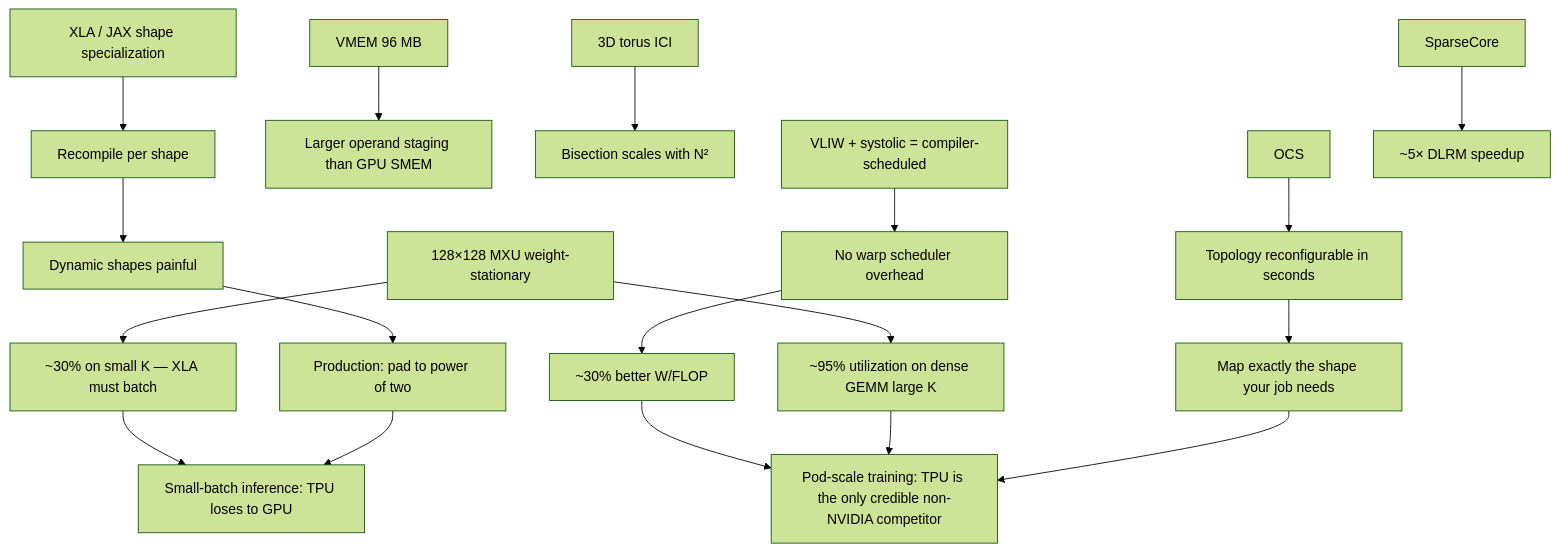
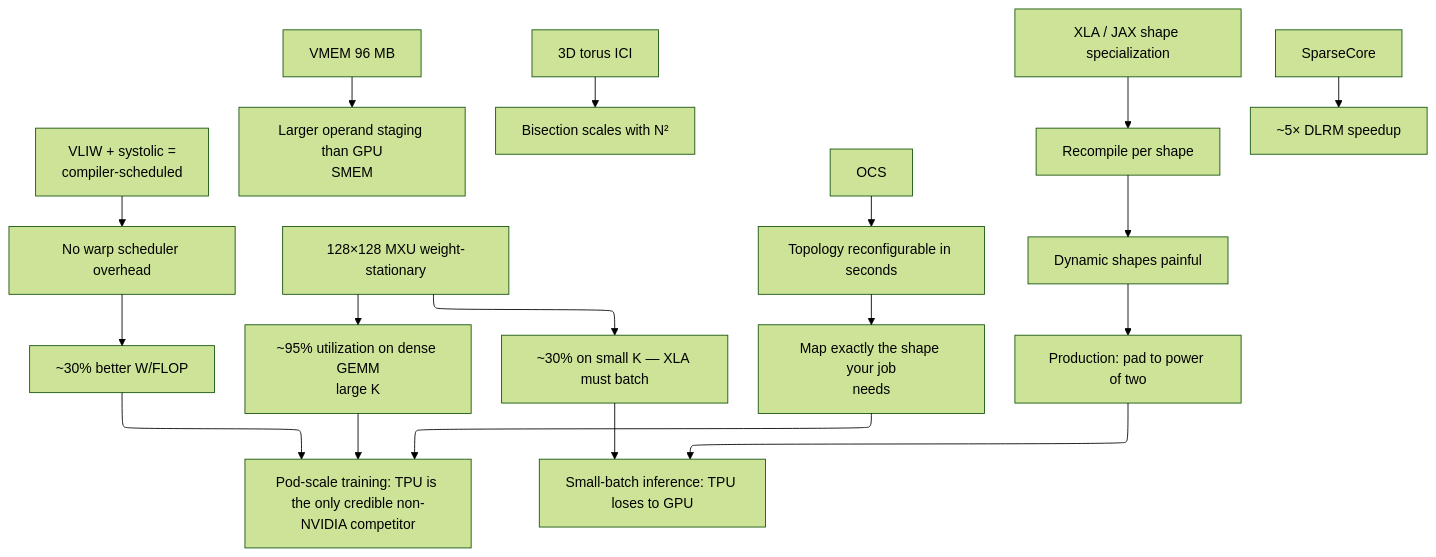
One commit to Wty2003328/ai_infra_intro changed the fourth of 4 diagrams in ai_infra/L3_Microarchitecture/Google_TPU.md. Above: the diagram before and after it, drawn with Mermaid (forest theme). The commit also changed other lines of this file and 108 other files, not shown here.

````diff
--- a/ai_infra/L3_Microarchitecture/Google_TPU.md
+++ b/ai_infra/L3_Microarchitecture/Google_TPU.md
@@ -290,23 +293,24 @@
 ```mermaid
+%%{init: {"flowchart": {"defaultRenderer": "elk", "nodeSpacing": 60, "rankSpacing": 60, "htmlLabels": false}}}%%
 flowchart TD
-    A[VLIW + systolic = compiler-scheduled] --> B[No warp scheduler overhead]
+    A[VLIW + systolic =<br/>compiler-scheduled] --> B[No warp scheduler overhead]
     B --> C[~30% better W/FLOP]
 
-    D[128×128 MXU weight-stationary] --> E[~95% utilization on dense GEMM large K]
+    D[128×128 MXU weight-stationary] --> E[~95% utilization on dense GEMM<br/>large K]
     D --> F[~30% on small K — XLA must batch]
 
-    G[VMEM 96 MB] --> H[Larger operand staging than GPU SMEM]
+    G[VMEM 96 MB] --> H[Larger operand staging than GPU<br/>SMEM]
 
     I[3D torus ICI] --> J[Bisection scales with N²]
     K[OCS] --> L[Topology reconfigurable in seconds]
-    L --> M[Map exactly the shape your job needs]
+    L --> M[Map exactly the shape your job<br/>needs]
 
     N[XLA / JAX shape specialization] --> O[Recompile per shape]
     O --> P[Dynamic shapes painful]
     P --> Q[Production: pad to power of two]
 
     R[SparseCore] --> S[~5× DLRM speedup]
 
     C & E & M --> T["Pod-scale training: TPU is the only credible non-NVIDIA competitor"]
     F & Q --> U["Small-batch inference: TPU loses to GPU"]
 ```
````
